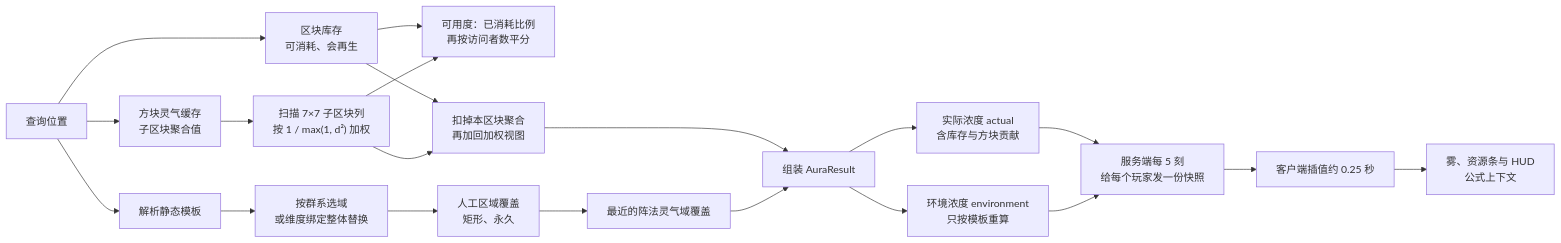
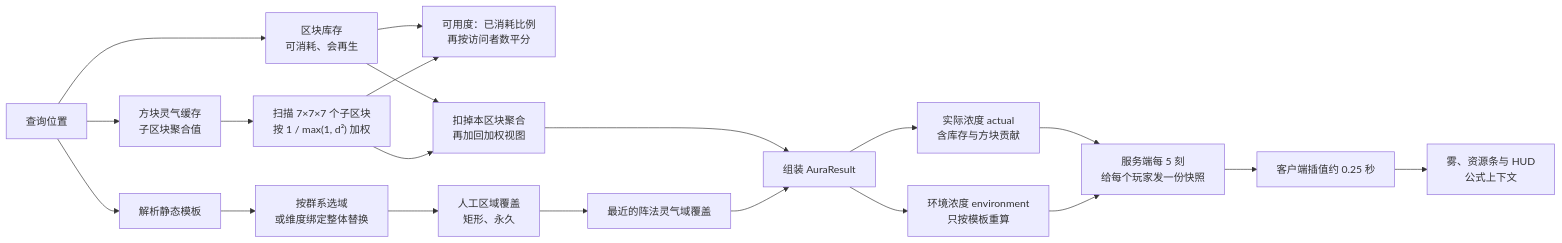
One commit to IAFEnvoy/mxt-docs changed the second of 3 diagrams in docs/technical/aura.md. Above: the diagram before and after it, drawn with Mermaid. The commit also changed other lines of this file and 53 other files, not shown here.

````diff
--- a/docs/technical/aura.md
+++ b/docs/technical/aura.md
@@ -62,22 +62,22 @@
 ```mermaid
 flowchart LR
     POS["查询位置"] --> STOCK["区块库存<br/>可消耗、会再生"]
     POS --> BLOCKCACHE["方块灵气缓存<br/>子区块聚合值"]
-    BLOCKCACHE --> SCAN["扫描 7×7 子区块列<br/>按 1 / max(1, d²) 加权"]
+    BLOCKCACHE --> SCAN["扫描 7×7×7 个子区块<br/>按 1 / max(1, d²) 加权"]
     STOCK --> AVAIL["可用度：已消耗比例<br/>再按访问者数平分"]
     SCAN --> AVAIL
     STOCK --> MERGE["扣掉本区块聚合<br/>再加回加权视图"]
     SCAN --> MERGE
     POS --> TEMPLATE["解析静态模板"]
     TEMPLATE --> ZONE["按群系选域<br/>或维度绑定整体替换"]
     ZONE --> AREA["人工区域覆盖<br/>矩形、永久"]
     AREA --> FORM["最近的阵法灵气域覆盖"]
     MERGE --> RESULT["组装 AuraResult"]
     FORM --> RESULT
     RESULT --> ACTUAL["实际浓度 actual<br/>含库存与方块贡献"]
     RESULT --> ENV["环境浓度 environment<br/>只按模板重算"]
     ACTUAL --> SNAP["服务端每 5 刻<br/>给每个玩家发一份快照"]
     ENV --> SNAP
     SNAP --> CLIENT["客户端插值约 0.25 秒"]
     CLIENT --> RENDER["雾、资源条与 HUD<br/>公式上下文"]
 ```
````
